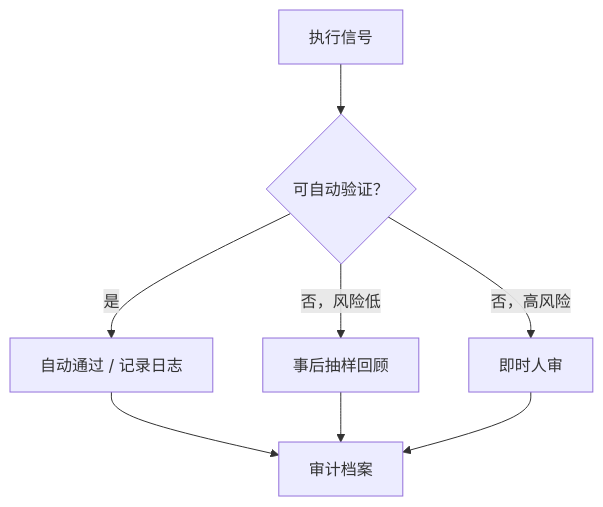
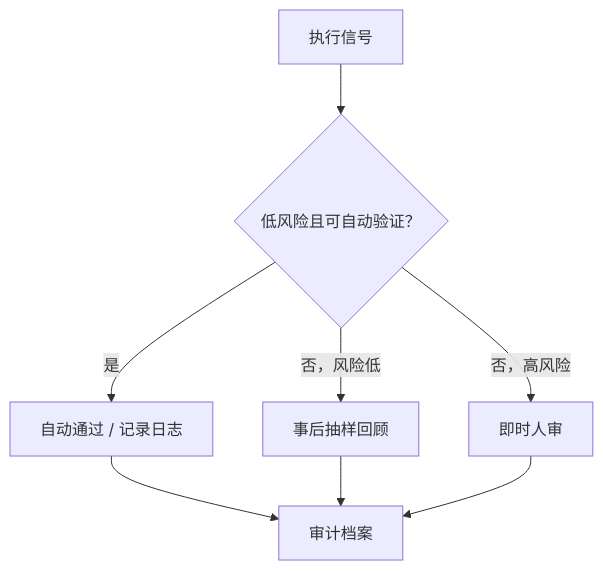
The second of 2 diagrams in docs/guide/human-in-the-loop.md (cuipengfei/adopt-agentic), drawn with Mermaid before and after one commit. The commit also changed other lines of this file and 12 other files, not shown here.

````diff
--- a/docs/guide/human-in-the-loop.md
+++ b/docs/guide/human-in-the-loop.md
@@ -131,10 +135,10 @@
 ```mermaid
 flowchart TD
-    A["执行信号"] --> B{"可自动验证？"}
+    A["执行信号"] --> B{"低风险且可自动验证？"}
     B -->|"是"| C["自动通过 / 记录日志"]
     B -->|"否，风险低"| D["事后抽样回顾"]
     B -->|"否，高风险"| E["即时人审"]
     C --> F["审计档案"]
     D --> F
     E --> F
 ```
````
